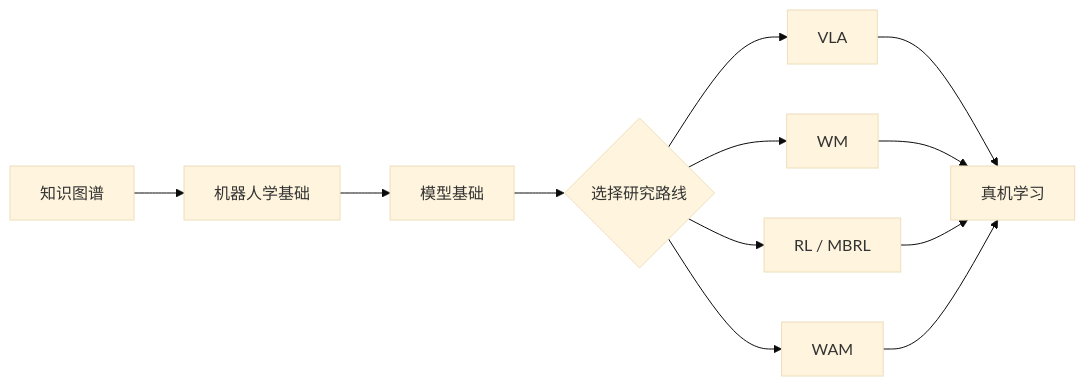
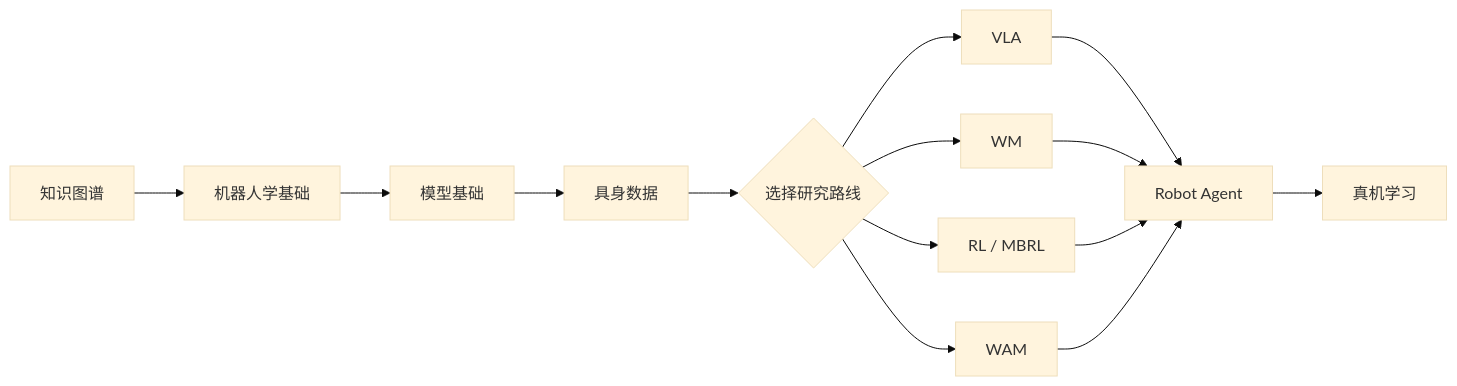
One commit to ppsdk/Embodied-AI-Start changed the diagram in docs/index.md. Above: the diagram before and after it, drawn with Mermaid (base theme). The commit also changed other lines of this file and 11 other files, not shown here.

Commit message:
docs: add embodied data and robot agent guides

````diff
--- a/docs/index.md
+++ b/docs/index.md
@@ -22,14 +24,16 @@
 ```mermaid
 flowchart LR
     K["知识图谱"] --> R["机器人学基础"]
     R --> M["模型基础"]
-    M --> CHOOSE{"选择研究路线"}
+    M --> D["具身数据"]
+    D --> CHOOSE{"选择研究路线"}
     CHOOSE --> VLA["VLA"]
     CHOOSE --> WM["WM"]
     CHOOSE --> RL["RL / MBRL"]
     CHOOSE --> WAM["WAM"]
-    VLA --> REAL["真机学习"]
-    WM --> REAL
-    RL --> REAL
-    WAM --> REAL
+    VLA --> AGENT["Robot Agent"]
+    WM --> AGENT
+    RL --> AGENT
+    WAM --> AGENT
+    AGENT --> REAL["真机学习"]
 ```
````
